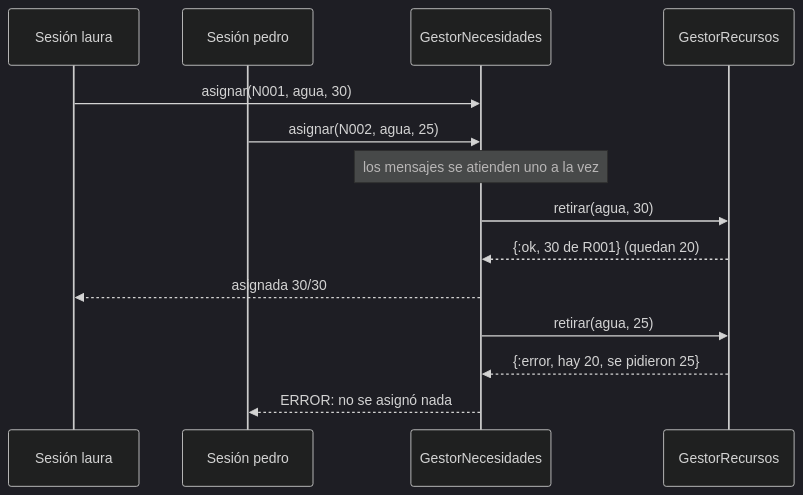
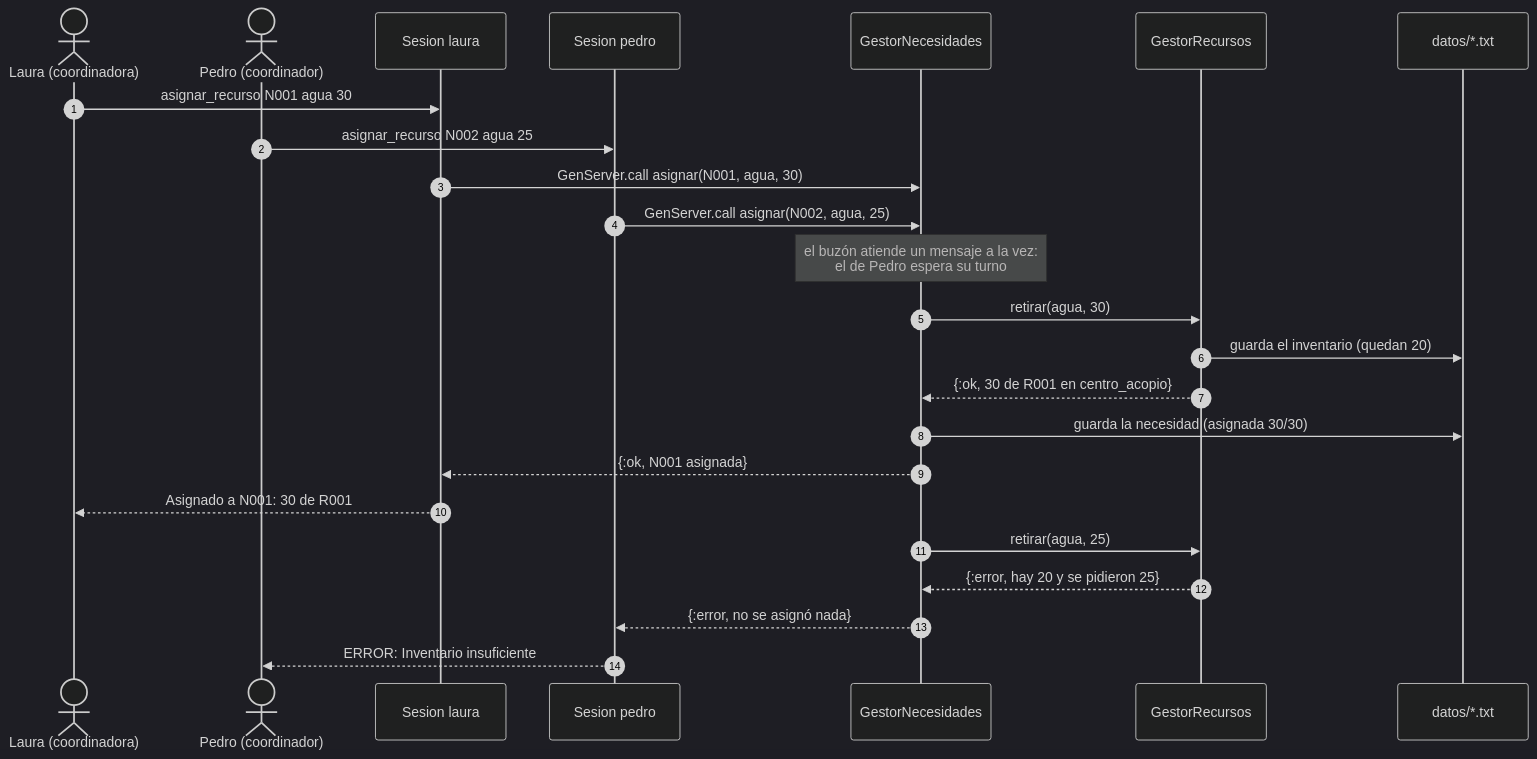
The third of 4 diagrams in README.md (Joans-sebastian/proyecto-final-emergencias), drawn with Mermaid (dark theme) before and after one commit. The commit also changed other lines of this file, not shown here.

Commit message:
Actualizar diagramas del README

````diff
--- a/README.md
+++ b/README.md
@@ -261,16 +329,26 @@
 ```mermaid
 sequenceDiagram
-  participant L as Sesión laura
-  participant P as Sesión pedro
+  autonumber
+  actor Laura as Laura (coordinadora)
+  actor Pedro as Pedro (coordinador)
+  participant L as Sesion laura
+  participant P as Sesion pedro
   participant N as GestorNecesidades
   participant R as GestorRecursos
-  L->>N: asignar(N001, agua, 30)
-  P->>N: asignar(N002, agua, 25)
-  Note over N: los mensajes se atienden uno a la vez
+  participant A as datos/*.txt
+  Laura->>L: asignar_recurso N001 agua 30
+  Pedro->>P: asignar_recurso N002 agua 25
+  L->>N: GenServer.call asignar(N001, agua, 30)
+  P->>N: GenServer.call asignar(N002, agua, 25)
+  Note over N: el buzón atiende un mensaje a la vez:<br/>el de Pedro espera su turno
   N->>R: retirar(agua, 30)
-  R-->>N: {:ok, 30 de R001}  (quedan 20)
-  N-->>L: asignada 30/30
+  R->>A: guarda el inventario (quedan 20)
+  R-->>N: {:ok, 30 de R001 en centro_acopio}
+  N->>A: guarda la necesidad (asignada 30/30)
+  N-->>L: {:ok, N001 asignada}
+  L-->>Laura: Asignado a N001: 30 de R001
   N->>R: retirar(agua, 25)
-  R-->>N: {:error, hay 20, se pidieron 25}
-  N-->>P: ERROR: no se asignó nada
+  R-->>N: {:error, hay 20 y se pidieron 25}
+  N-->>P: {:error, no se asignó nada}
+  P-->>Pedro: ERROR: Inventario insuficiente
 ```
````
